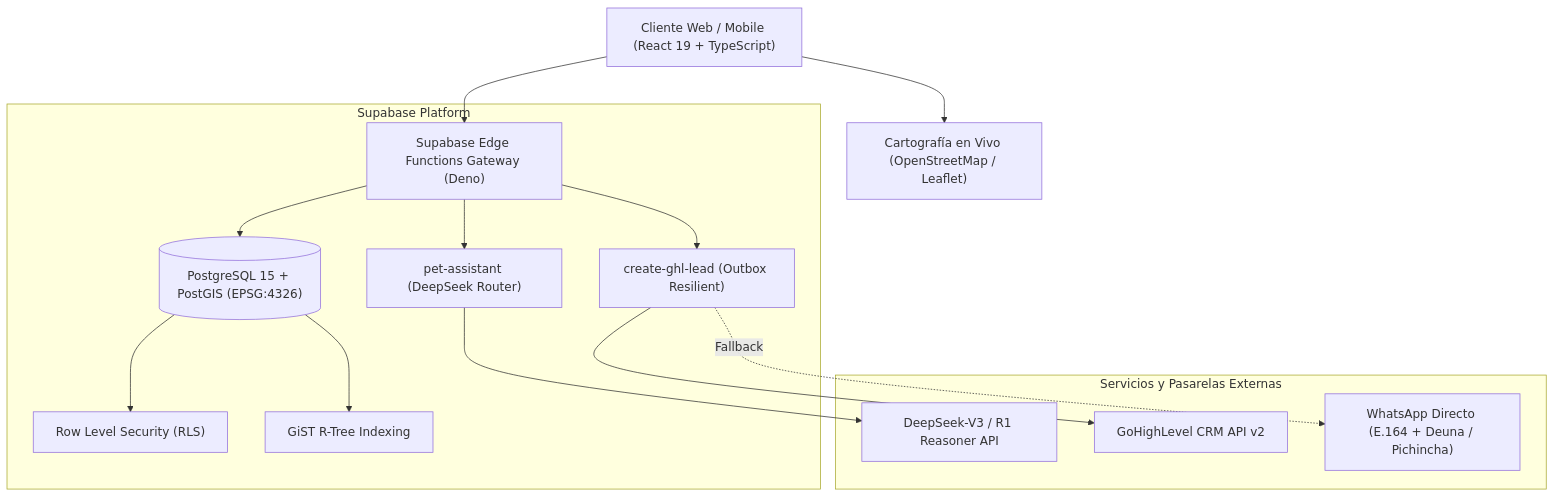
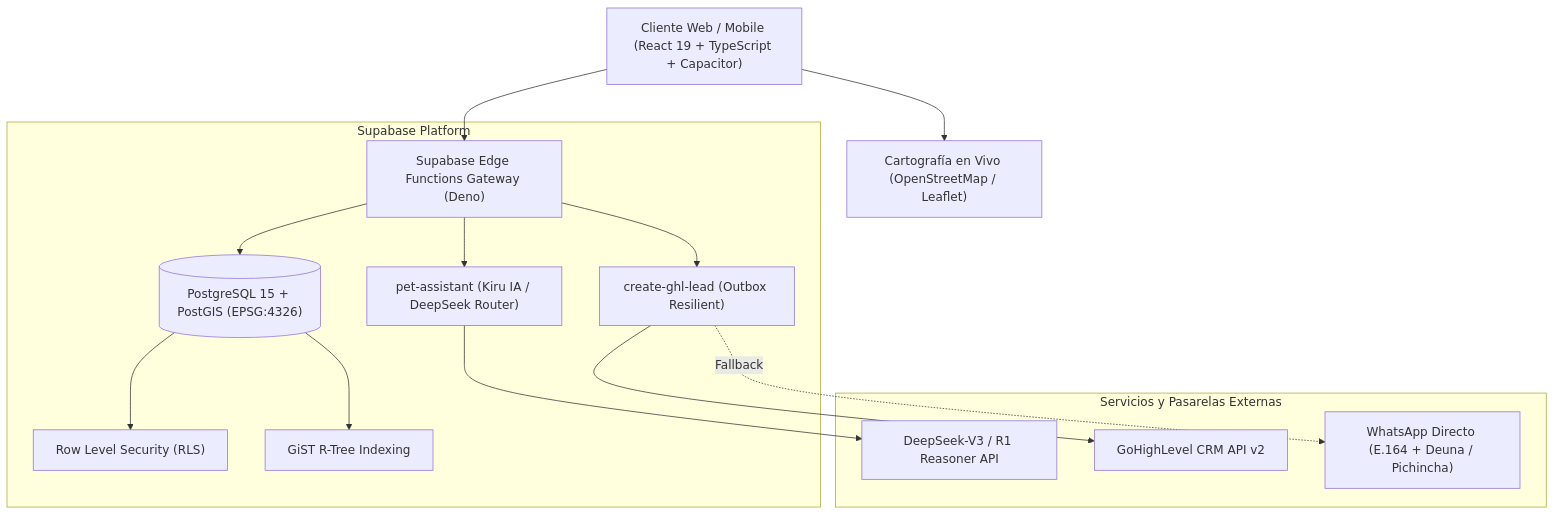
One commit to nicolasnorton/pawlo-app changed the first of 2 diagrams in docs/architecture/SYSTEM_DESIGN.md. Above: the diagram before and after it, drawn with Mermaid. The commit also changed other lines of this file and 15 other files, not shown here.

Commit message:
feat(rebrand): rebrand platform to KIRUPET (com.kirupet.app) and Kiru IA across logo, UI, manifest, Capacitor, and docs

````diff
--- a/docs/architecture/SYSTEM_DESIGN.md
+++ b/docs/architecture/SYSTEM_DESIGN.md
@@ -9,19 +9,19 @@
 ```mermaid
 graph TD
-    Client["Cliente Web / Mobile (React 19 + TypeScript)"] --> EdgeGateway["Supabase Edge Functions Gateway (Deno)"]
+    Client["Cliente Web / Mobile (React 19 + TypeScript + Capacitor)"] --> EdgeGateway["Supabase Edge Functions Gateway (Deno)"]
     Client --> Leaflet["Cartografía en Vivo (OpenStreetMap / Leaflet)"]
     
     subgraph SupabasePlatform["Supabase Platform"]
         EdgeGateway --> DB[("PostgreSQL 15 + PostGIS (EPSG:4326)")]
-        EdgeGateway --> FunctionAssistant["pet-assistant (DeepSeek Router)"]
+        EdgeGateway --> FunctionAssistant["pet-assistant (Kiru IA / DeepSeek Router)"]
         EdgeGateway --> FunctionLead["create-ghl-lead (Outbox Resilient)"]
         DB --> RLS["Row Level Security (RLS)"]
         DB --> SpatialIndex["GiST R-Tree Indexing"]
     end
 
     subgraph ExternalServices["Servicios y Pasarelas Externas"]
         FunctionAssistant --> DeepSeekAPI["DeepSeek-V3 / R1 Reasoner API"]
         FunctionLead --> GHL["GoHighLevel CRM API v2"]
         FunctionLead -. Fallback .-> WhatsAppDirect["WhatsApp Directo (E.164 + Deuna / Pichincha)"]
     end
 ```
````
